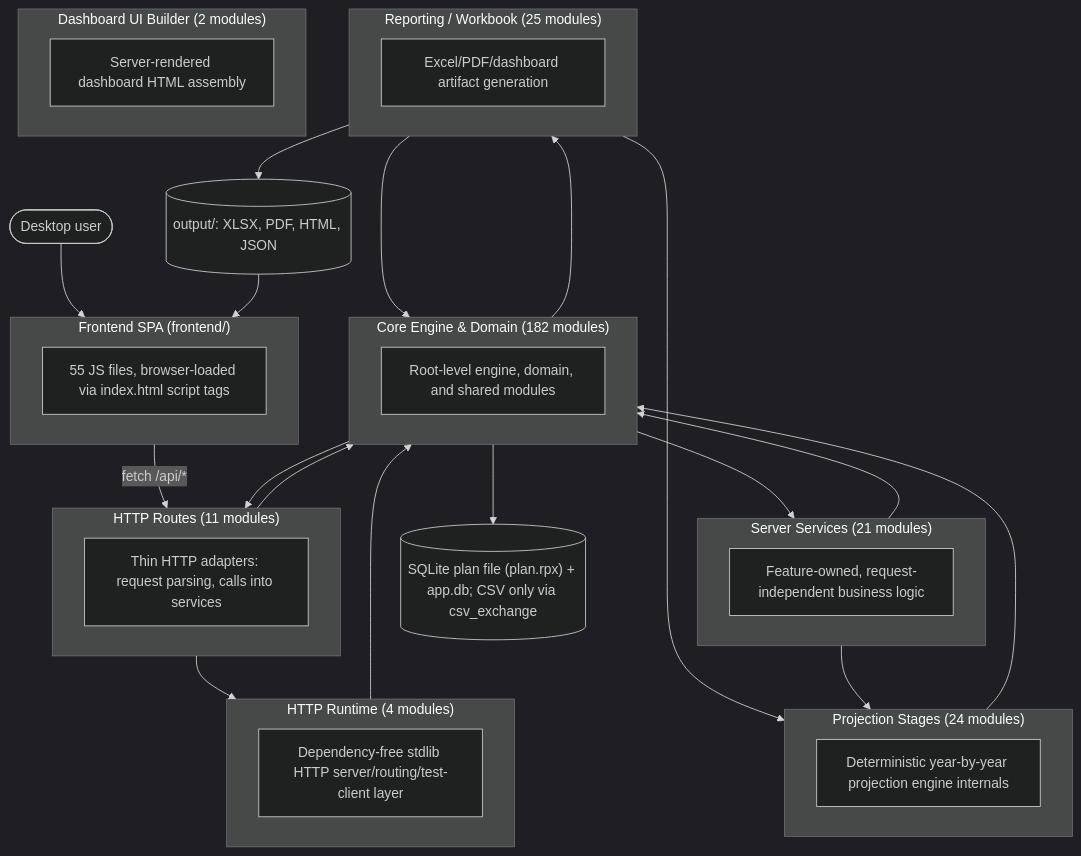
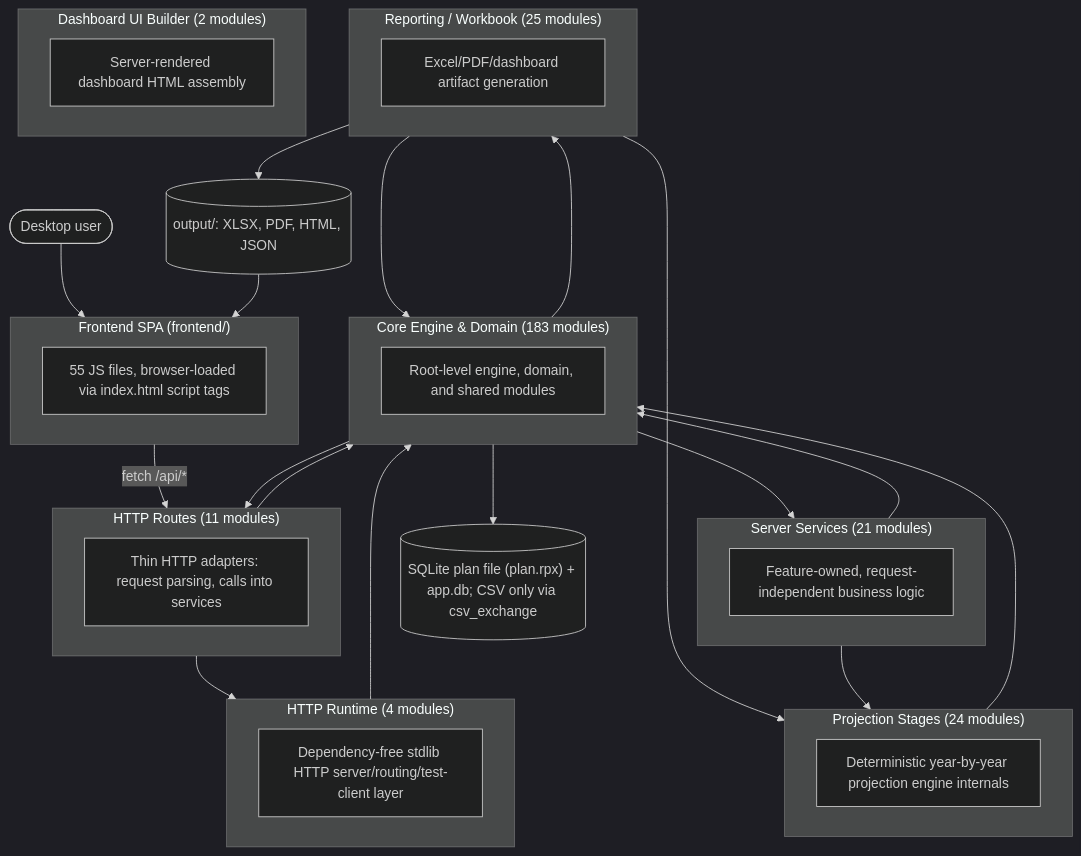
Before and after one commit to matthartzman/retirement_system: the first of 2 diagrams in documentation/reference/SYSTEM_ARCHITECTURE_DIAGRAM.md, drawn with Mermaid (dark theme). The commit also changed other lines of this file and 3 other files, not shown here.

````diff
--- a/documentation/reference/SYSTEM_ARCHITECTURE_DIAGRAM.md
+++ b/documentation/reference/SYSTEM_ARCHITECTURE_DIAGRAM.md
@@ -11,43 +11,43 @@
 ```mermaid
 flowchart TB
     User(["Desktop user"]) --> FE
     subgraph FE["Frontend SPA (frontend/)"]
         FEcount["55 JS files, browser-loaded via index.html script tags"]
     end
     FE -->|fetch /api/*| L_HTTP_Routes
     subgraph L_HTTP_Routes["HTTP Routes (11 modules)"]
         L_HTTP_Routes_d["Thin HTTP adapters: request parsing, calls into services"]
     end
     subgraph L_Server_Services["Server Services (21 modules)"]
         L_Server_Services_d["Feature-owned, request-independent business logic"]
     end
     subgraph L_HTTP_Runtime["HTTP Runtime (4 modules)"]
         L_HTTP_Runtime_d["Dependency-free stdlib HTTP server/routing/test-client layer"]
     end
-    subgraph L_Core_Engine___Domain["Core Engine & Domain (182 modules)"]
+    subgraph L_Core_Engine___Domain["Core Engine & Domain (183 modules)"]
         L_Core_Engine___Domain_d["Root-level engine, domain, and shared modules"]
     end
     subgraph L_Projection_Stages["Projection Stages (24 modules)"]
         L_Projection_Stages_d["Deterministic year-by-year projection engine internals"]
     end
     subgraph L_Reporting___Workbook["Reporting / Workbook (25 modules)"]
         L_Reporting___Workbook_d["Excel/PDF/dashboard artifact generation"]
     end
     subgraph L_Dashboard_UI_Builder["Dashboard UI Builder (2 modules)"]
         L_Dashboard_UI_Builder_d["Server-rendered dashboard HTML assembly"]
     end
     L_Core_Engine___Domain --> L_HTTP_Routes
     L_Core_Engine___Domain --> L_Reporting___Workbook
     L_Core_Engine___Domain --> L_Server_Services
     L_HTTP_Routes --> L_Core_Engine___Domain
     L_HTTP_Routes --> L_HTTP_Runtime
     L_HTTP_Runtime --> L_Core_Engine___Domain
     L_Projection_Stages --> L_Core_Engine___Domain
     L_Reporting___Workbook --> L_Core_Engine___Domain
     L_Reporting___Workbook --> L_Projection_Stages
     L_Server_Services --> L_Core_Engine___Domain
     L_Server_Services --> L_Projection_Stages
     L_Core_Engine___Domain --> DB[("SQLite plan file (plan.rpx) + app.db; CSV only via csv_exchange")]
     L_Reporting___Workbook --> Outputs[("output/: XLSX, PDF, HTML, JSON")]
     Outputs --> FE
 ```
````
